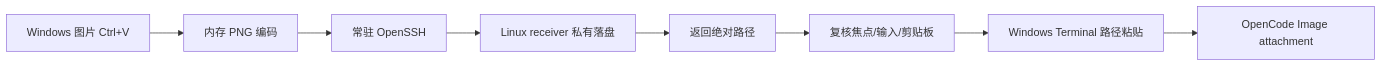
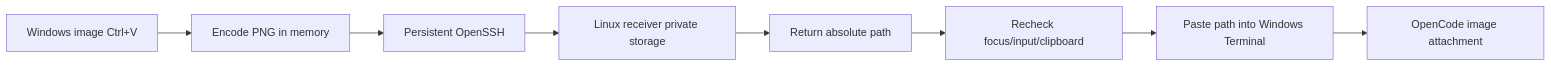
The diagram in README.md (Empty-Jing/opencode-ssh-image-paste), drawn with Mermaid before and after one commit. The commit also changed other lines of this file and 1 other file, not shown here.

````diff
--- a/README.md
+++ b/README.md
@@ -26,10 +28,10 @@
 ```mermaid
 flowchart LR
-    A[Windows 图片 Ctrl+V] --> B[内存 PNG 编码]
-    B --> C[常驻 OpenSSH]
-    C --> D[Linux receiver 私有落盘]
-    D --> E[返回绝对路径]
-    E --> F[复核焦点/输入/剪贴板]
-    F --> G[Windows Terminal 路径粘贴]
-    G --> H[OpenCode Image attachment]
+    A[Windows image Ctrl+V] --> B[Encode PNG in memory]
+    B --> C[Persistent OpenSSH]
+    C --> D[Linux receiver private storage]
+    D --> E[Return absolute path]
+    E --> F[Recheck focus/input/clipboard]
+    F --> G[Paste path into Windows Terminal]
+    G --> H[OpenCode image attachment]
 ```
````
